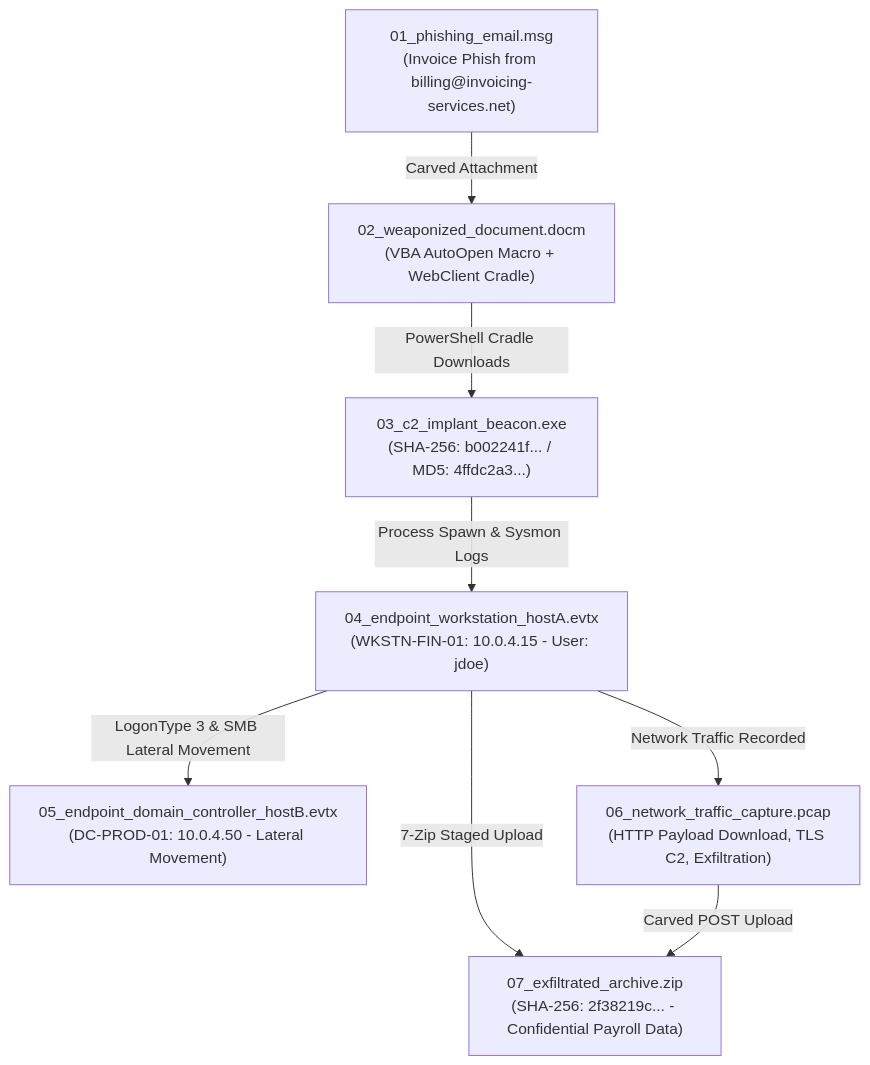
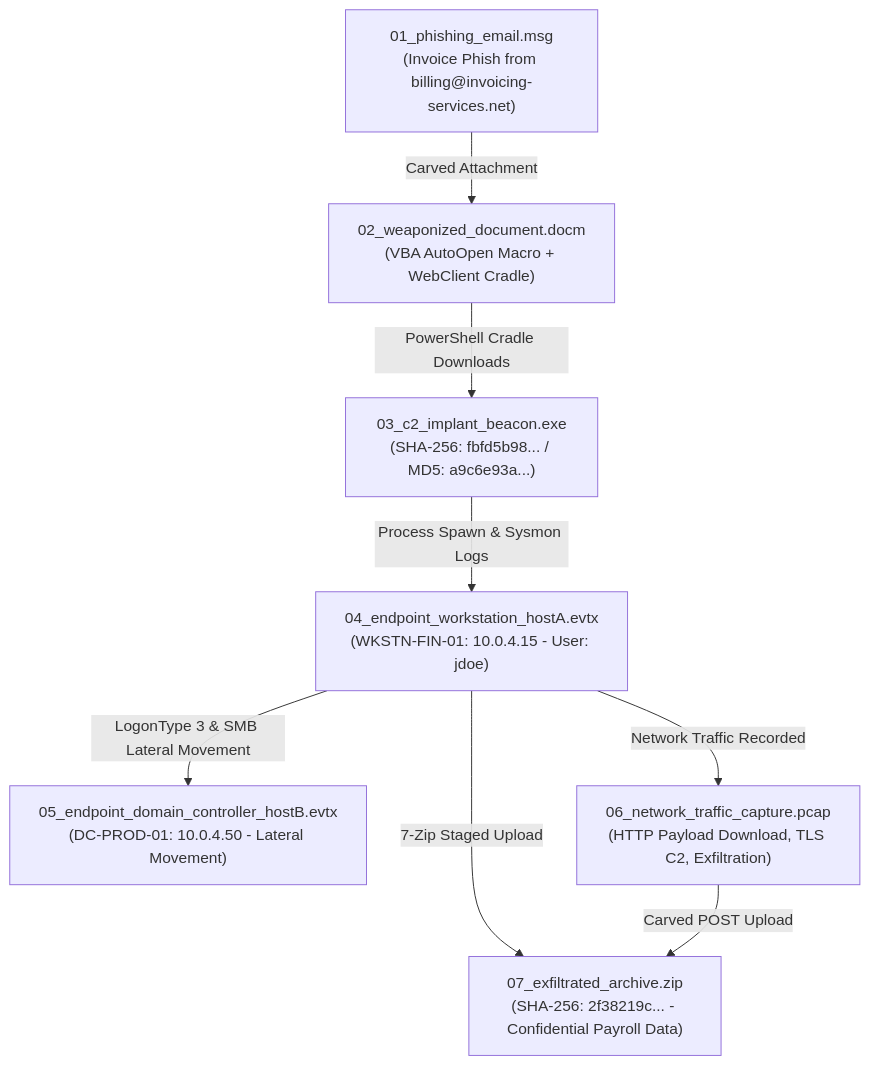
The diagram in test-files/correlated_investigation/README.md (jozeta/FileSanitizer), drawn with Mermaid before and after one commit. The commit also changed other lines of this file and 10 other files, not shown here.

````diff
--- a/test-files/correlated_investigation/README.md
+++ b/test-files/correlated_investigation/README.md
@@ -11,18 +11,18 @@
 ```mermaid
 flowchart TD
     Email["01_phishing_email.msg<br/>(Invoice Phish from billing@invoicing-services.net)"]
     Doc["02_weaponized_document.docm<br/>(VBA AutoOpen Macro + WebClient Cradle)"]
-    Implant["03_c2_implant_beacon.exe<br/>(SHA-256: b002241f... / MD5: 4ffdc2a3...)"]
+    Implant["03_c2_implant_beacon.exe<br/>(SHA-256: fbfd5b98... / MD5: a9c6e93a...)"]
     HostA["04_endpoint_workstation_hostA.evtx<br/>(WKSTN-FIN-01: 10.0.4.15 - User: jdoe)"]
     HostB["05_endpoint_domain_controller_hostB.evtx<br/>(DC-PROD-01: 10.0.4.50 - Lateral Movement)"]
     Network["06_network_traffic_capture.pcap<br/>(HTTP Payload Download, TLS C2, Exfiltration)"]
     Exfil["07_exfiltrated_archive.zip<br/>(SHA-256: 2f38219c... - Confidential Payroll Data)"]
 
     Email -->|Carved Attachment| Doc
     Doc -->|PowerShell Cradle Downloads| Implant
     Implant -->|Process Spawn & Sysmon Logs| HostA
     HostA -->|Network Traffic Recorded| Network
     HostA -->|LogonType 3 & SMB Lateral Movement| HostB
     HostA -->|7-Zip Staged Upload| Exfil
     Network -->|Carved POST Upload| Exfil
 ```
````
